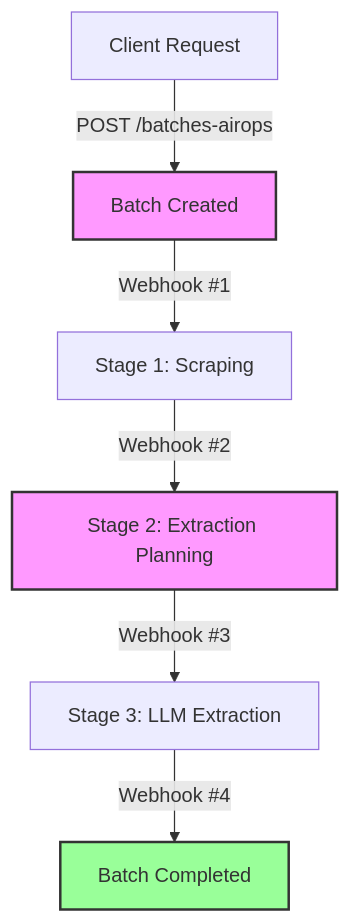
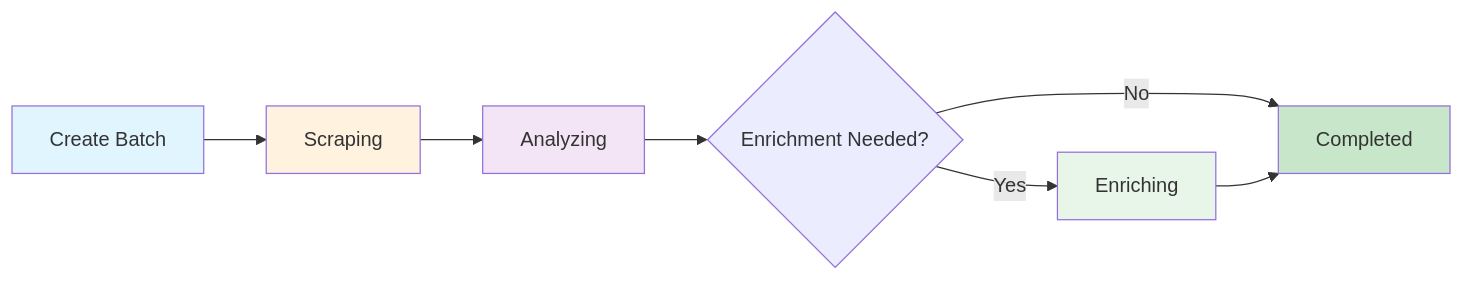
The diagram in internal/airops-batches/overview.mdx (olostep/docs), drawn with Mermaid before and after one commit. The commit also changed other lines of this file and 5 other files, not shown here.

First line of the commit message:
docs(airops): update AirOps batches documentation

````diff
--- a/internal/airops-batches/overview.mdx
+++ b/internal/airops-batches/overview.mdx
@@ -15,12 +21,15 @@
 ```mermaid
-graph TD
-    A[Client Request] -- "POST /batches-airops" --> B[Batch Created]
-    B -- "Webhook #1" --> C[Stage 1: Scraping]
-    C -- "Webhook #2" --> D[Stage 2: Extraction Planning]
-    D -- "Webhook #3" --> E[Stage 3: LLM Extraction]
-    E -- "Webhook #4" --> F[Batch Completed]
+graph LR
+    A[Create Batch] --> B[Scraping]
+    B --> C[Analyzing]
+    C --> D{Enrichment Needed?}
+    D -->|Yes| E[Enriching]
+    D -->|No| F[Completed]
+    E --> F
     
-    style B fill:#f9f,stroke:#333,stroke-width:2px
-    style D fill:#f9f,stroke:#333,stroke-width:2px
-    style F fill:#9f9,stroke:#333,stroke-width:2px
+    style A fill:#e1f5fe
+    style B fill:#fff3e0
+    style C fill:#f3e5f5
+    style E fill:#e8f5e9
+    style F fill:#c8e6c9
 ```
````
